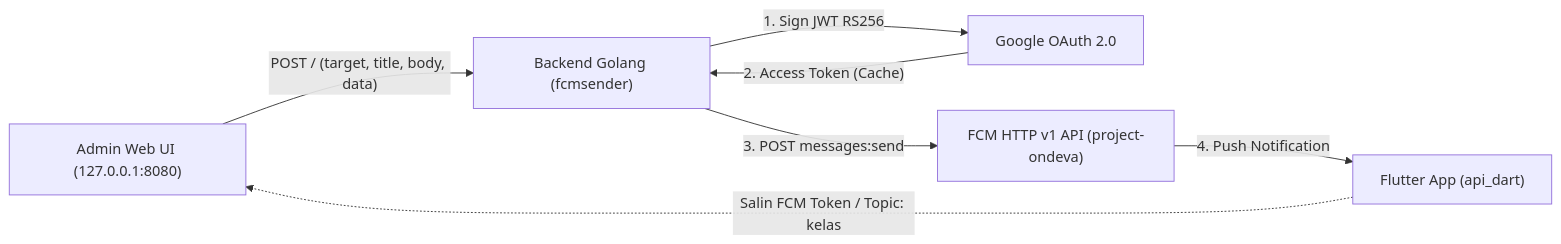
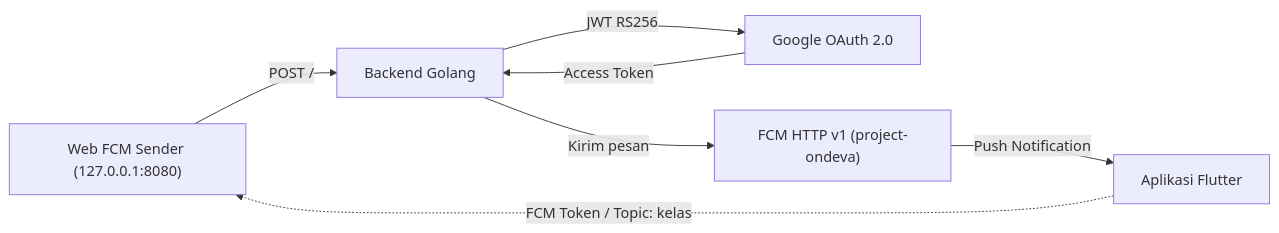
Before and after one commit to daffadermawan30/api-firebase: the diagram in README.md, drawn with Mermaid. The commit also changed other lines of this file, not shown here.

Commit message:
docs: tambah panduan menjalankan web server FCM Sender dan slot screenshot di README

````diff
--- a/README.md
+++ b/README.md
@@ -35,15 +30,15 @@
 ```mermaid
 flowchart LR
-    Admin["Admin Web UI (127.0.0.1:8080)"]
-    Go["Backend Golang (fcmsender)"]
+    Admin["Web FCM Sender (127.0.0.1:8080)"]
+    Go["Backend Golang"]
     OAuth["Google OAuth 2.0"]
-    FCM["FCM HTTP v1 API (project-ondeva)"]
-    App["Flutter App (api_dart)"]
+    FCM["FCM HTTP v1 (project-ondeva)"]
+    App["Aplikasi Flutter"]
 
-    Admin -->|"POST / (target, title, body, data)"| Go
-    Go -->|"1. Sign JWT RS256"| OAuth
-    OAuth -->|"2. Access Token (Cache)"| Go
-    Go -->|"3. POST messages:send"| FCM
-    FCM -->|"4. Push Notification"| App
-    App -.->|"Salin FCM Token / Topic: kelas"| Admin
+    Admin -->|"POST /"| Go
+    Go -->|"JWT RS256"| OAuth
+    OAuth -->|"Access Token"| Go
+    Go -->|"Kirim pesan"| FCM
+    FCM -->|"Push Notification"| App
+    App -.->|"FCM Token / Topic: kelas"| Admin
 ```
````
